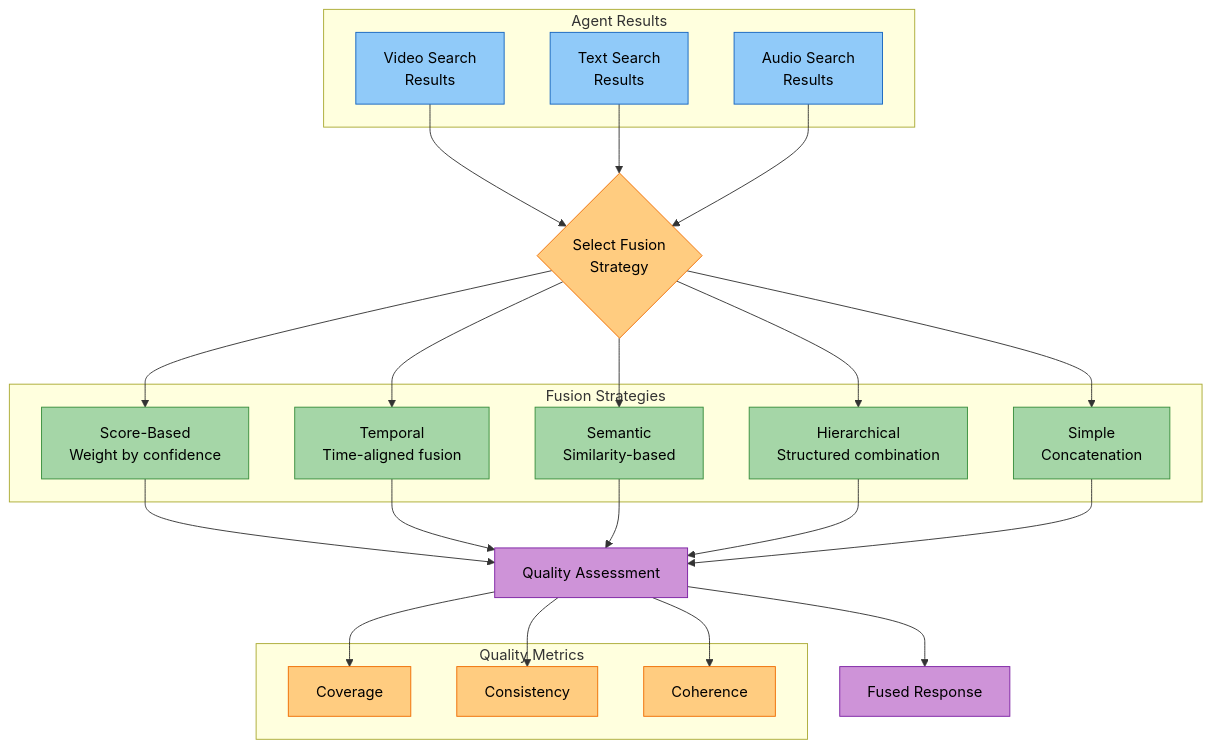
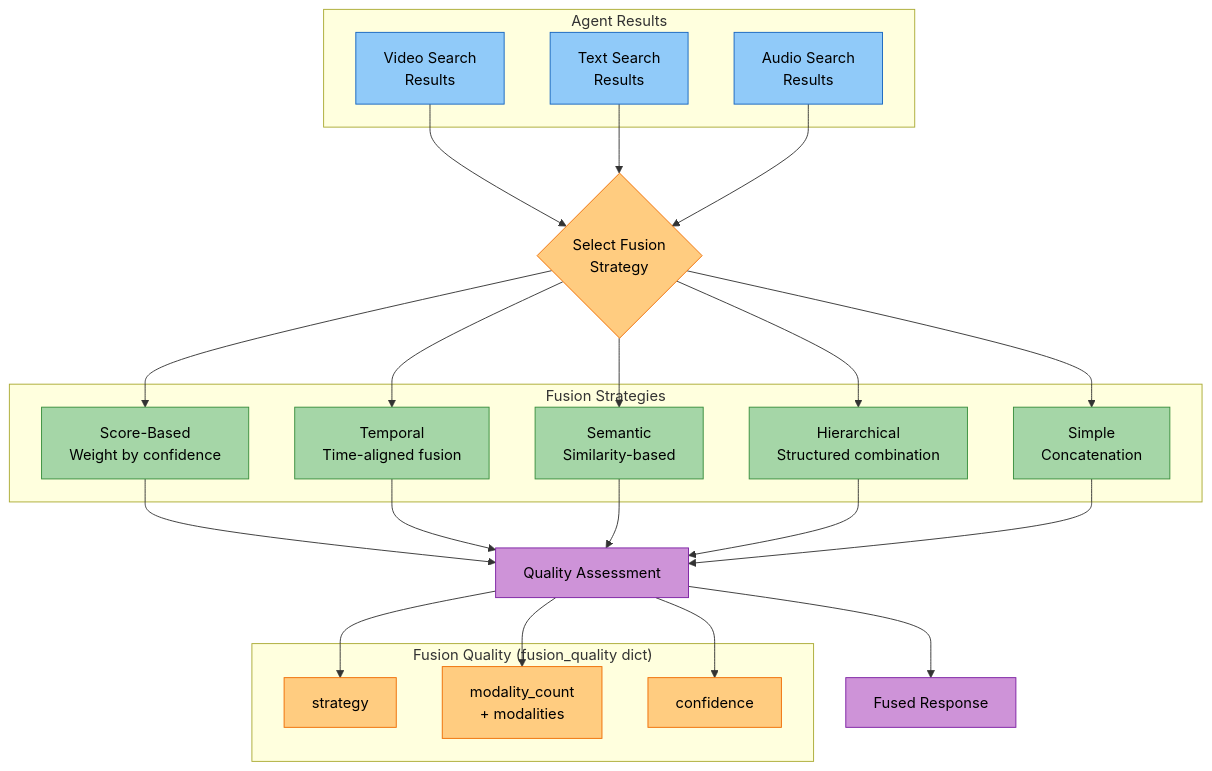
One commit to amit-jain/cogniverse changed the fifth of 5 diagrams in docs/architecture/intelligent-query-routing.md. Above: the diagram before and after it, drawn with Mermaid. The commit also changed other lines of this file and 7 other files, not shown here.

First line of the commit message:
Document all 23 agents and convert diagrams to mermaid

````diff
--- a/docs/architecture/intelligent-query-routing.md
+++ b/docs/architecture/intelligent-query-routing.md
@@ -309,45 +389,45 @@
 ```mermaid
 flowchart TD
     subgraph "Agent Results"
         VR["<span style='color:#000'>Video Search<br/>Results</span>"]
         TR["<span style='color:#000'>Text Search<br/>Results</span>"]
         AR["<span style='color:#000'>Audio Search<br/>Results</span>"]
     end
 
     SS{"<span style='color:#000'>Select Fusion<br/>Strategy</span>"}
 
     subgraph "Fusion Strategies"
         S1["<span style='color:#000'>Score-Based<br/>Weight by confidence</span>"]
         S2["<span style='color:#000'>Temporal<br/>Time-aligned fusion</span>"]
         S3["<span style='color:#000'>Semantic<br/>Similarity-based</span>"]
         S4["<span style='color:#000'>Hierarchical<br/>Structured combination</span>"]
         S5["<span style='color:#000'>Simple<br/>Concatenation</span>"]
     end
 
-    subgraph "Quality Metrics"
-        M1["<span style='color:#000'>Coverage</span>"]
-        M2["<span style='color:#000'>Consistency</span>"]
-        M3["<span style='color:#000'>Coherence</span>"]
+    subgraph "Fusion Quality (fusion_quality dict)"
+        M1["<span style='color:#000'>strategy</span>"]
+        M2["<span style='color:#000'>modality_count<br/>+ modalities</span>"]
+        M3["<span style='color:#000'>confidence</span>"]
     end
 
     VR & TR & AR --> SS
     SS --> S1 & S2 & S3 & S4 & S5
     S1 & S2 & S3 & S4 & S5 --> QA["<span style='color:#000'>Quality Assessment</span>"]
     QA --> M1 & M2 & M3
     QA --> OUT["<span style='color:#000'>Fused Response</span>"]
 
     style VR fill:#90caf9,stroke:#1565c0,color:#000
     style TR fill:#90caf9,stroke:#1565c0,color:#000
     style AR fill:#90caf9,stroke:#1565c0,color:#000
     style SS fill:#ffcc80,stroke:#ef6c00,color:#000
     style S1 fill:#a5d6a7,stroke:#388e3c,color:#000
     style S2 fill:#a5d6a7,stroke:#388e3c,color:#000
     style S3 fill:#a5d6a7,stroke:#388e3c,color:#000
     style S4 fill:#a5d6a7,stroke:#388e3c,color:#000
     style S5 fill:#a5d6a7,stroke:#388e3c,color:#000
     style QA fill:#ce93d8,stroke:#7b1fa2,color:#000
     style M1 fill:#ffcc80,stroke:#ef6c00,color:#000
     style M2 fill:#ffcc80,stroke:#ef6c00,color:#000
     style M3 fill:#ffcc80,stroke:#ef6c00,color:#000
     style OUT fill:#ce93d8,stroke:#7b1fa2,color:#000
 ```
````
